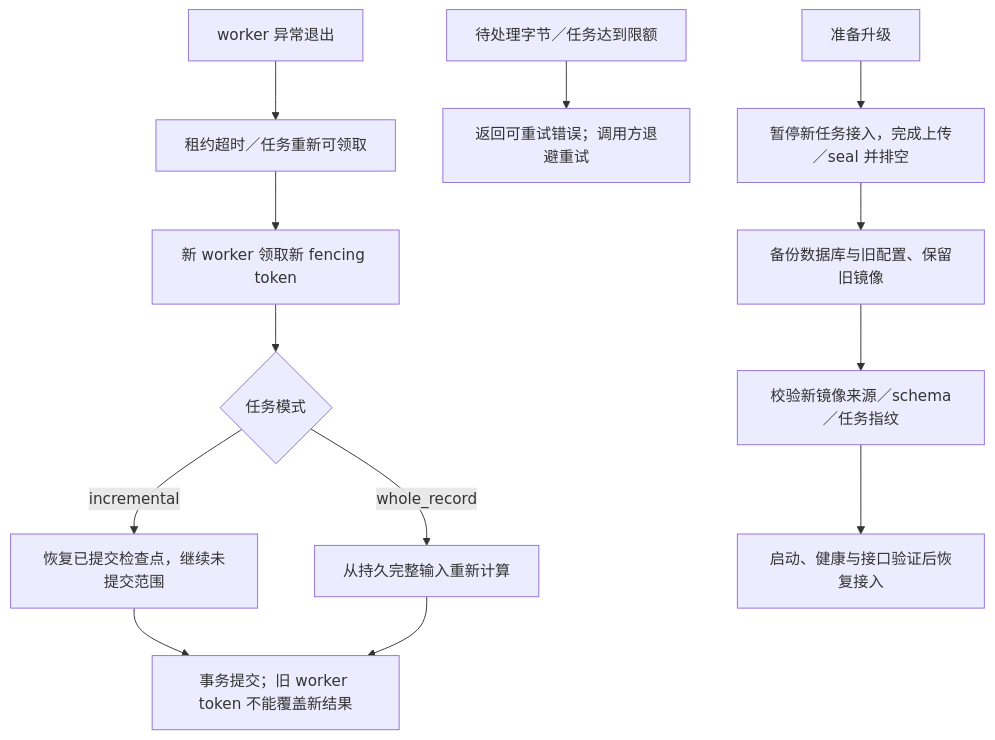
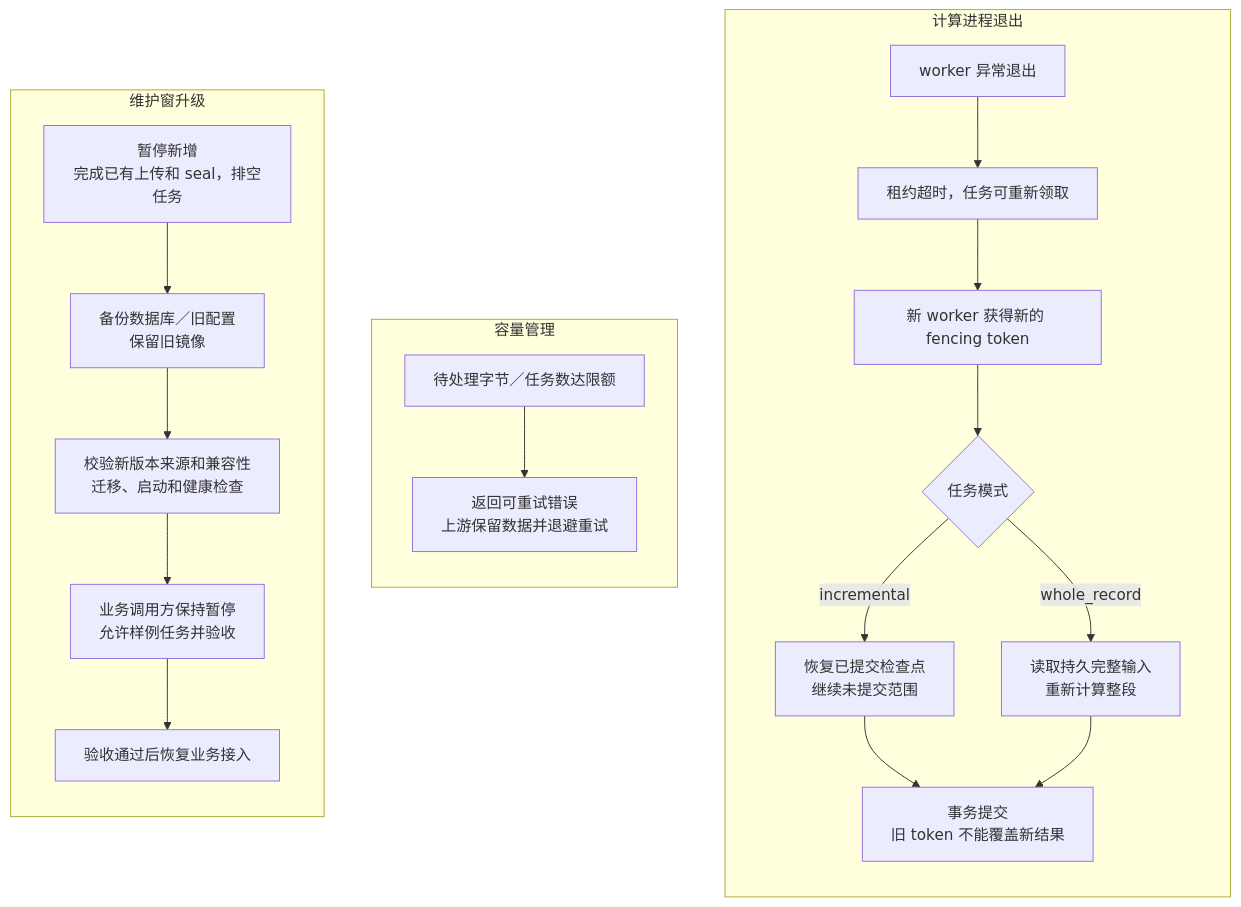
The third of 3 diagrams in docs/architecture.md (Kscii/imu-services), drawn with Mermaid before and after one commit. The commit also changed other lines of this file and 16 other files, not shown here.

````diff
--- a/docs/architecture.md
+++ b/docs/architecture.md
@@ -51,15 +127,25 @@
 ```mermaid
-flowchart TD
-    X["worker 异常退出"] --> L["租约超时／任务重新可领取"]
-    L --> F["新 worker 领取新 fencing token"]
-    F --> C{"任务模式"}
-    C -->|incremental| S["恢复已提交检查点，继续未提交范围"]
-    C -->|whole_record| R["从持久完整输入重新计算"]
-    S --> T["事务提交；旧 worker token 不能覆盖新结果"]
-    R --> T
-    O["待处理字节／任务达到限额"] --> E["返回可重试错误；调用方退避重试"]
-    V["准备升级"] --> D["暂停新任务接入，完成上传／seal 并排空"]
-    D --> B["备份数据库与旧配置、保留旧镜像"]
-    B --> U["校验新镜像来源／schema／任务指纹"]
-    U --> H["启动、健康与接口验证后恢复接入"]
+flowchart TB
+    subgraph REC["计算进程退出"]
+        direction TB
+        X["worker 异常退出"] --> L["租约超时，任务可重新领取"]
+        L --> F["新 worker 获得新的 fencing token"]
+        F --> C{"任务模式"}
+        C -->|"incremental"| S["恢复已提交检查点<br/>继续未提交范围"]
+        C -->|"whole_record"| R["读取持久完整输入<br/>重新计算整段"]
+        S --> T["事务提交<br/>旧 token 不能覆盖新结果"]
+        R --> T
+    end
+    subgraph CAP["容量管理"]
+        direction TB
+        O["待处理字节／任务数达限额"] --> E["返回可重试错误<br/>上游保留数据并退避重试"]
+    end
+    subgraph UPG["维护窗升级"]
+        direction TB
+        D["暂停新增<br/>完成已有上传和 seal，排空任务"]
+        D --> B["备份数据库／旧配置<br/>保留旧镜像"]
+        B --> N["校验新版本来源和兼容性<br/>迁移、启动和健康检查"]
+        N --> H["业务调用方保持暂停<br/>允许样例任务并验收"]
+        H --> A["验收通过后恢复业务接入"]
+    end
 ```
````
